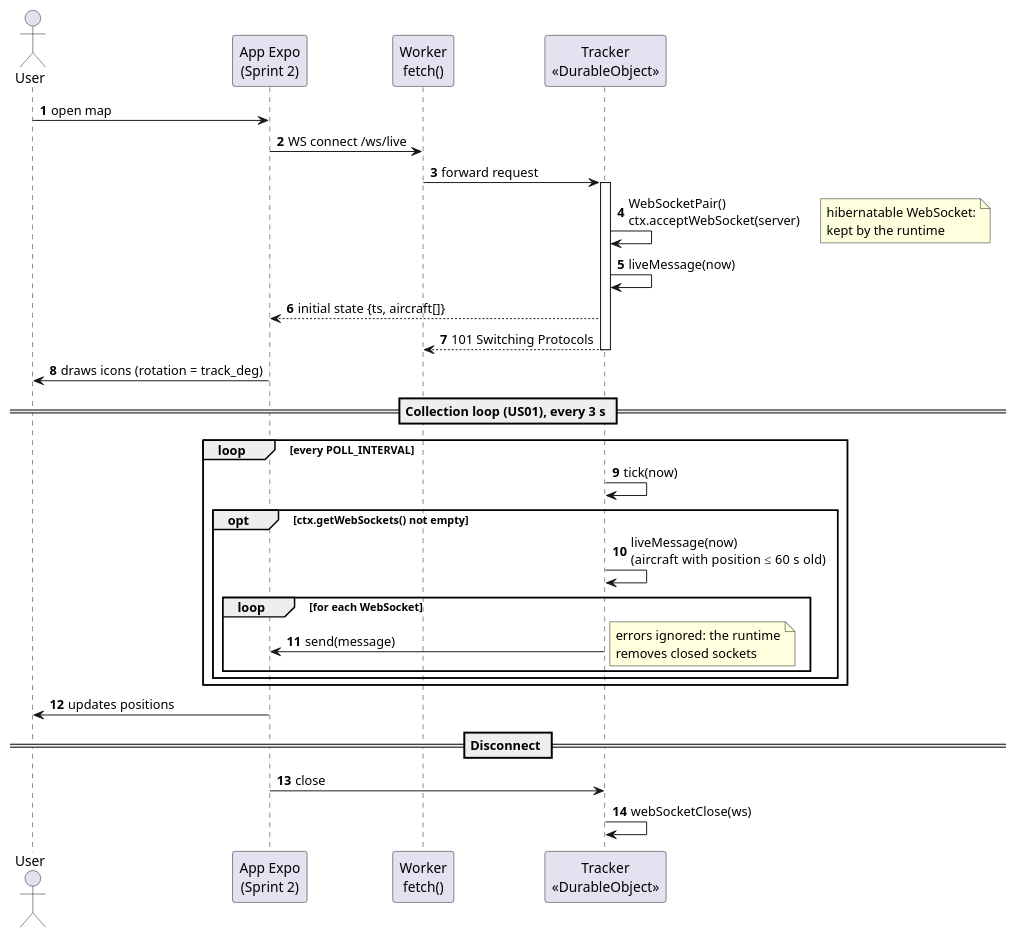
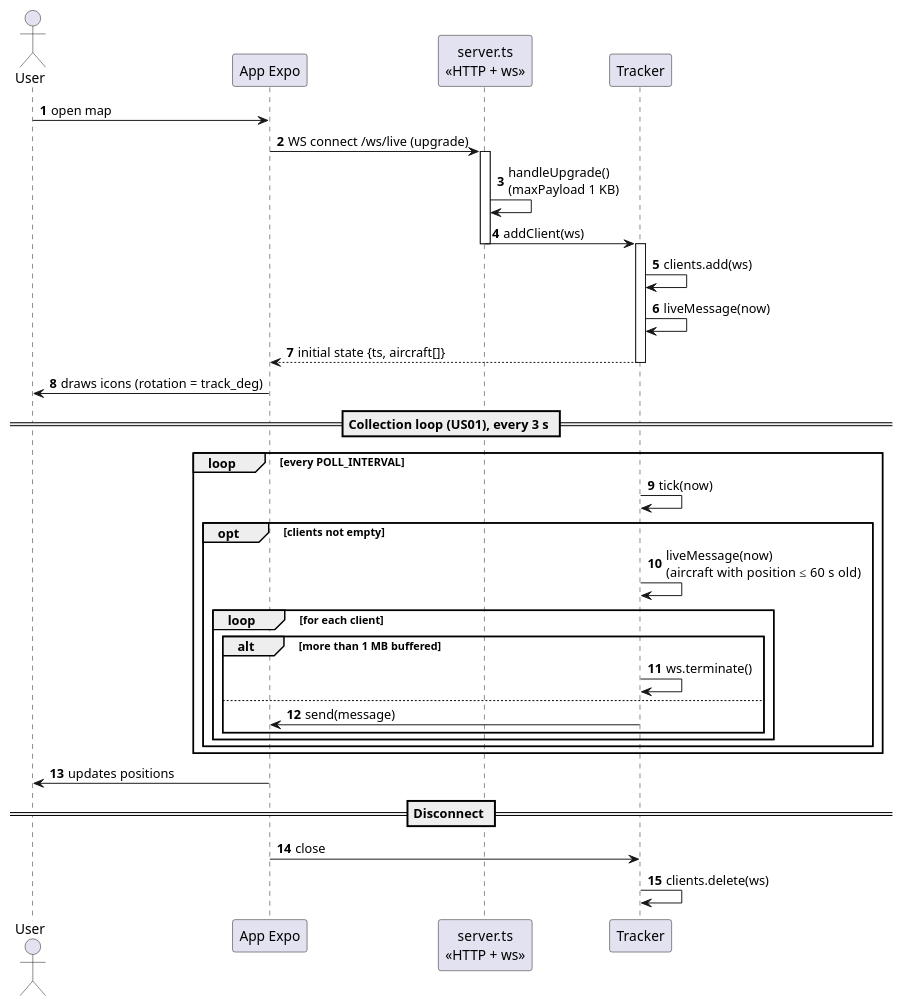
The diagram in docs/system-documentation/use-cases/US06/puml/sd_us06.puml (miguelsiilva1/SkyTracer), drawn with PlantUML before and after one commit. The commit also changed 17 other files, not shown here.

```diff
--- a/docs/system-documentation/use-cases/US06/puml/sd_us06.puml
+++ b/docs/system-documentation/use-cases/US06/puml/sd_us06.puml
@@ -1,36 +1,40 @@
 @startuml
 autonumber
 actor "User" as U
-participant "App Expo\n(Sprint 2)" as App
-participant "Worker\nfetch()" as W
-participant "Tracker\n<<DurableObject>>" as T
+participant "App Expo" as App
+participant "server.ts\n<<HTTP + ws>>" as S
+participant "Tracker" as T
 
 U -> App : open map
-App -> W : WS connect /ws/live
-W -> T : forward request
+App -> S : WS connect /ws/live (upgrade)
+activate S
+S -> S : handleUpgrade()\n(maxPayload 1 KB)
+S -> T : addClient(ws)
+deactivate S
 activate T
-T -> T : WebSocketPair()\nctx.acceptWebSocket(server)
-note right: hibernatable WebSocket:\nkept by the runtime
+T -> T : clients.add(ws)
 T -> T : liveMessage(now)
 T --> App : initial state {ts, aircraft[]}
-T --> W : 101 Switching Protocols
 deactivate T
 App -> U : draws icons (rotation = track_deg)
 
 == Collection loop (US01), every 3 s ==
 loop every POLL_INTERVAL
   T -> T : tick(now)
-  opt ctx.getWebSockets() not empty
+  opt clients not empty
     T -> T : liveMessage(now)\n(aircraft with position ≤ 60 s old)
-    loop for each WebSocket
-      T -> App : send(message)
-      note right: errors ignored: the runtime\nremoves closed sockets
+    loop for each client
+      alt more than 1 MB buffered
+        T -> T : ws.terminate()
+      else
+        T -> App : send(message)
+      end
     end
   end
 end
 App -> U : updates positions
 
 == Disconnect ==
 App -> T : close
-T -> T : webSocketClose(ws)
+T -> T : clients.delete(ws)
 @enduml
```
